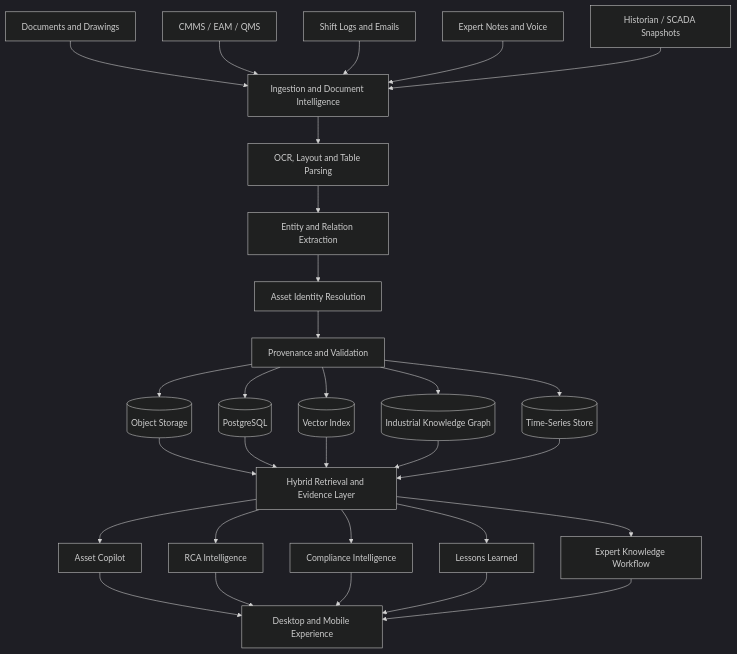
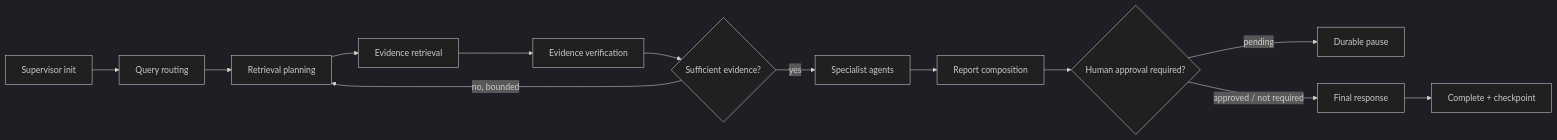
Before and after one commit to Dhruvg334/Mnemos: the second of 2 diagrams in README.md, drawn with Mermaid (dark theme). The commit also changed other lines of this file and 13 other files, not shown here.

````diff
--- a/README.md
+++ b/README.md
@@ -41,38 +73,15 @@
 ```mermaid
-flowchart TB
-    A[Documents and Drawings] --> I
-    B[CMMS / EAM / QMS] --> I
-    C[Shift Logs and Emails] --> I
-    D[Expert Notes and Voice] --> I
-    E[Historian / SCADA Snapshots] --> I
-
-    I[Ingestion and Document Intelligence]
-    I --> P[OCR, Layout and Table Parsing]
-    P --> X[Entity and Relation Extraction]
-    X --> R[Asset Identity Resolution]
-    R --> V[Provenance and Validation]
-
-    V --> O[(Object Storage)]
-    V --> SQL[(PostgreSQL)]
-    V --> VS[(Vector Index)]
-    V --> KG[(Industrial Knowledge Graph)]
-    V --> TS[(Time-Series Store)]
-
-    O --> H[Hybrid Retrieval and Evidence Layer]
-    SQL --> H
-    VS --> H
-    KG --> H
-    TS --> H
-
-    H --> C1[Asset Copilot]
-    H --> C2[RCA Intelligence]
-    H --> C3[Compliance Intelligence]
-    H --> C4[Lessons Learned]
-    H --> C5[Expert Knowledge Workflow]
-
-    C1 --> UI[Desktop and Mobile Experience]
-    C2 --> UI
-    C3 --> UI
-    C4 --> UI
-    C5 --> UI
+flowchart LR
+    A[Supervisor init] --> B[Query routing]
+    B --> C[Retrieval planning]
+    C --> D[Evidence retrieval]
+    D --> E[Evidence verification]
+    E --> F{Sufficient evidence?}
+    F -- no, bounded --> C
+    F -- yes --> G[Specialist agents]
+    G --> H[Report composition]
+    H --> I{Human approval required?}
+    I -- pending --> J[Durable pause]
+    I -- approved / not required --> K[Final response]
+    K --> L[Complete + checkpoint]
 ```
````
